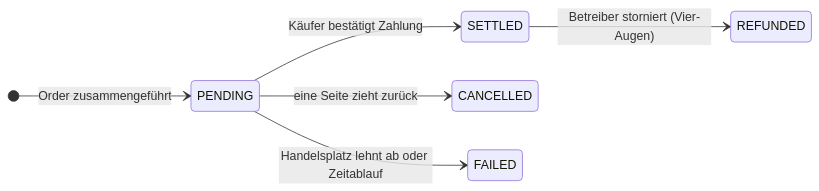
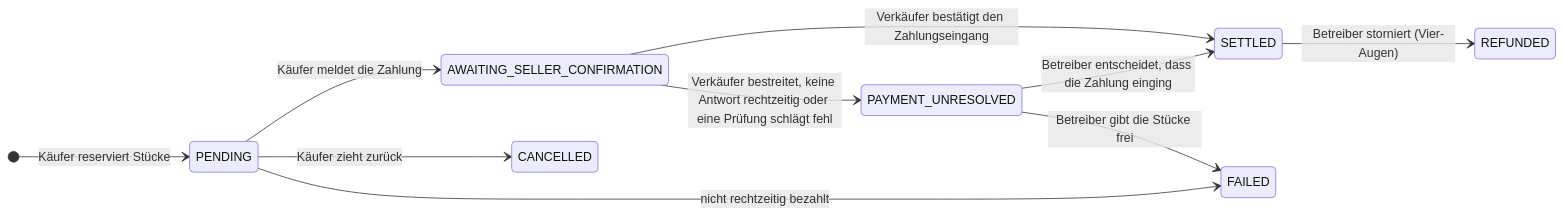
The diagram in docs/customer/lifecycle/secondary-market.de.md (makibytes/registerwerk), drawn with Mermaid before and after one commit. The commit also changed other lines of this file and 297 other files, not shown here.

````diff
--- a/docs/customer/lifecycle/secondary-market.de.md
+++ b/docs/customer/lifecycle/secondary-market.de.md
@@ -89,9 +95,13 @@
 ```mermaid
 stateDiagram-v2
     direction LR
-    [*] --> PENDING: Order zusammengeführt
-    PENDING --> SETTLED: Käufer bestätigt Zahlung
-    PENDING --> CANCELLED: eine Seite zieht zurück
-    PENDING --> FAILED: Handelsplatz lehnt ab oder Zeitablauf
+    [*] --> PENDING: Käufer reserviert Stücke
+    PENDING --> AWAITING_SELLER_CONFIRMATION: Käufer meldet die Zahlung
+    PENDING --> CANCELLED: Käufer zieht zurück
+    PENDING --> FAILED: nicht rechtzeitig bezahlt
+    AWAITING_SELLER_CONFIRMATION --> SETTLED: Verkäufer bestätigt den Zahlungseingang
+    AWAITING_SELLER_CONFIRMATION --> PAYMENT_UNRESOLVED: Verkäufer bestreitet, keine Antwort rechtzeitig oder eine Prüfung schlägt fehl
+    PAYMENT_UNRESOLVED --> SETTLED: Betreiber entscheidet, dass die Zahlung einging
+    PAYMENT_UNRESOLVED --> FAILED: Betreiber gibt die Stücke frei
     SETTLED --> REFUNDED: Betreiber storniert (Vier-Augen)
 ```
````
